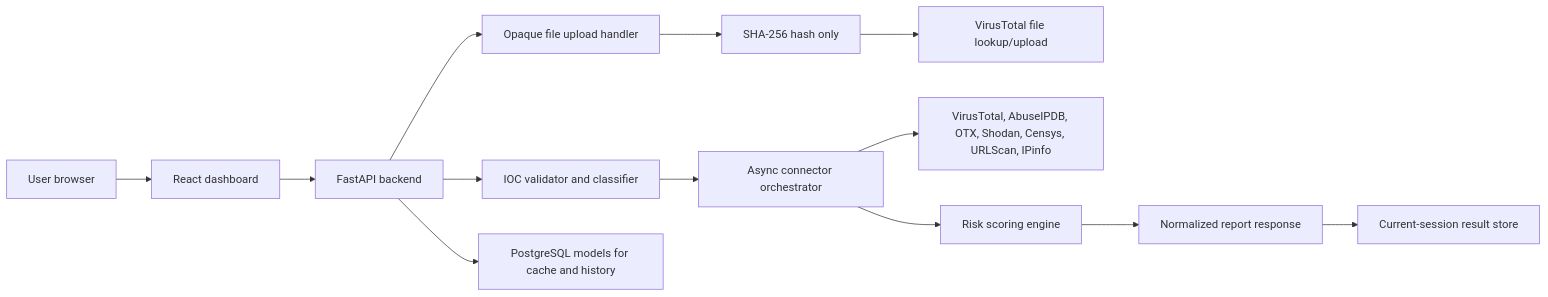
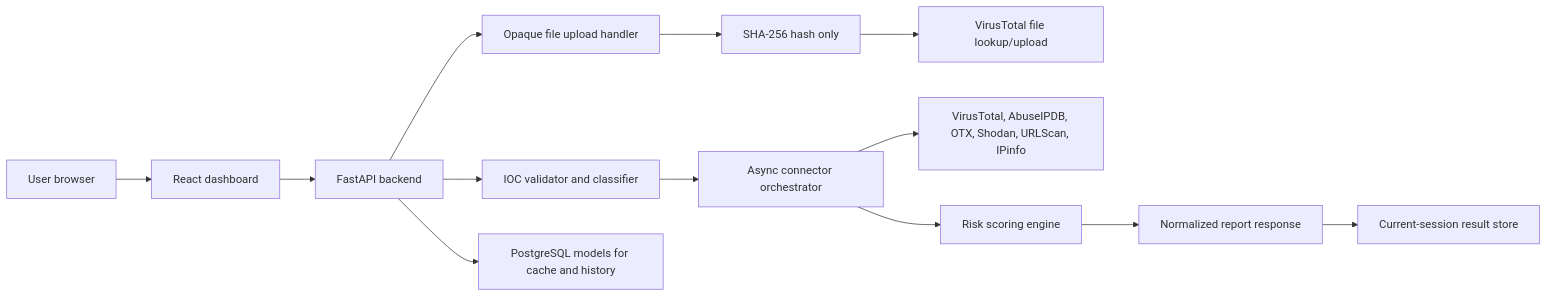
Before and after one commit to vishalVasanthakumarPoornima/Cloud-Threat-Intelligence-Dashboard: the diagram in docs/architecture.md, drawn with Mermaid. The commit also changed 31 other files, not shown here.

````diff
--- a/docs/architecture.md
+++ b/docs/architecture.md
@@ -7,15 +7,15 @@
 ```mermaid
 flowchart LR
     User["User browser"] --> Frontend["React dashboard"]
     Frontend --> Backend["FastAPI backend"]
     Backend --> Validator["IOC validator and classifier"]
     Validator --> Orchestrator["Async connector orchestrator"]
     Backend --> FileUpload["Opaque file upload handler"]
     FileUpload --> Hash["SHA-256 hash only"]
     Hash --> VTFile["VirusTotal file lookup/upload"]
-    Orchestrator --> Sources["VirusTotal, AbuseIPDB, OTX, Shodan, Censys, URLScan, IPinfo"]
+    Orchestrator --> Sources["VirusTotal, AbuseIPDB, OTX, Shodan, URLScan, IPinfo"]
     Orchestrator --> Risk["Risk scoring engine"]
     Risk --> Report["Normalized report response"]
     Report --> Store["Current-session result store"]
     Backend --> Database["PostgreSQL models for cache and history"]
 ```
````
